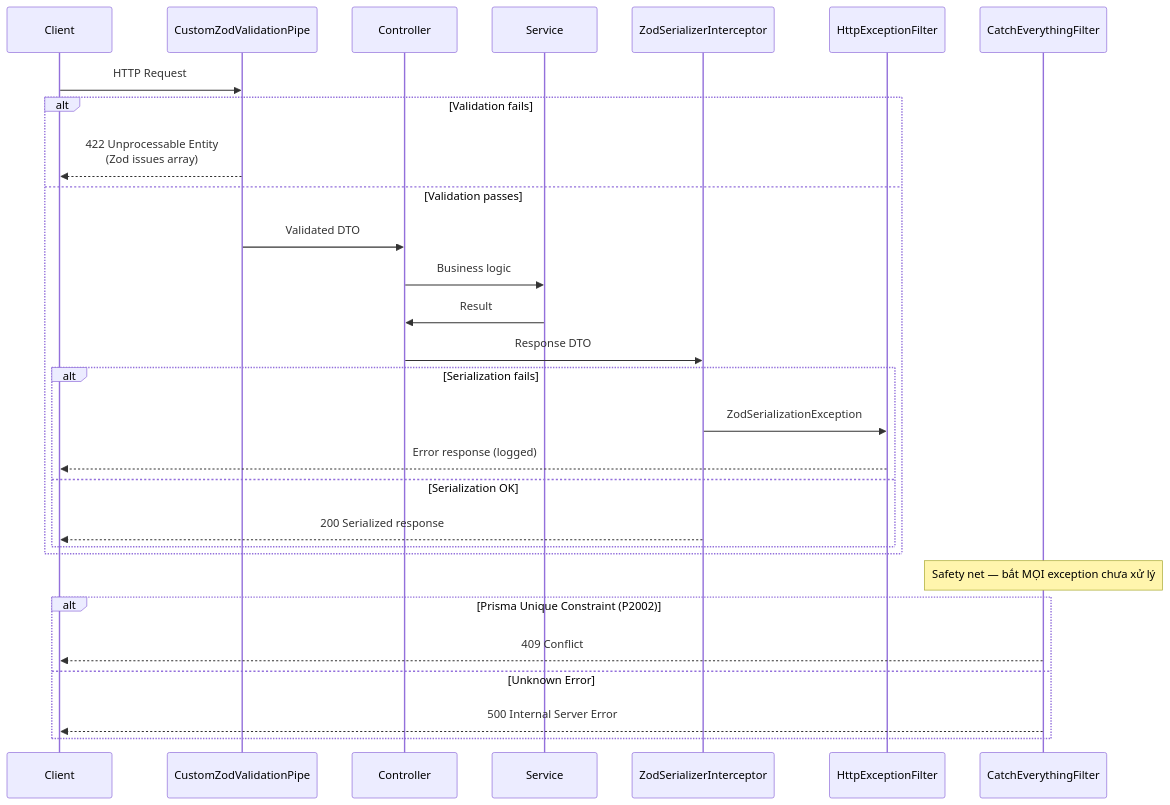
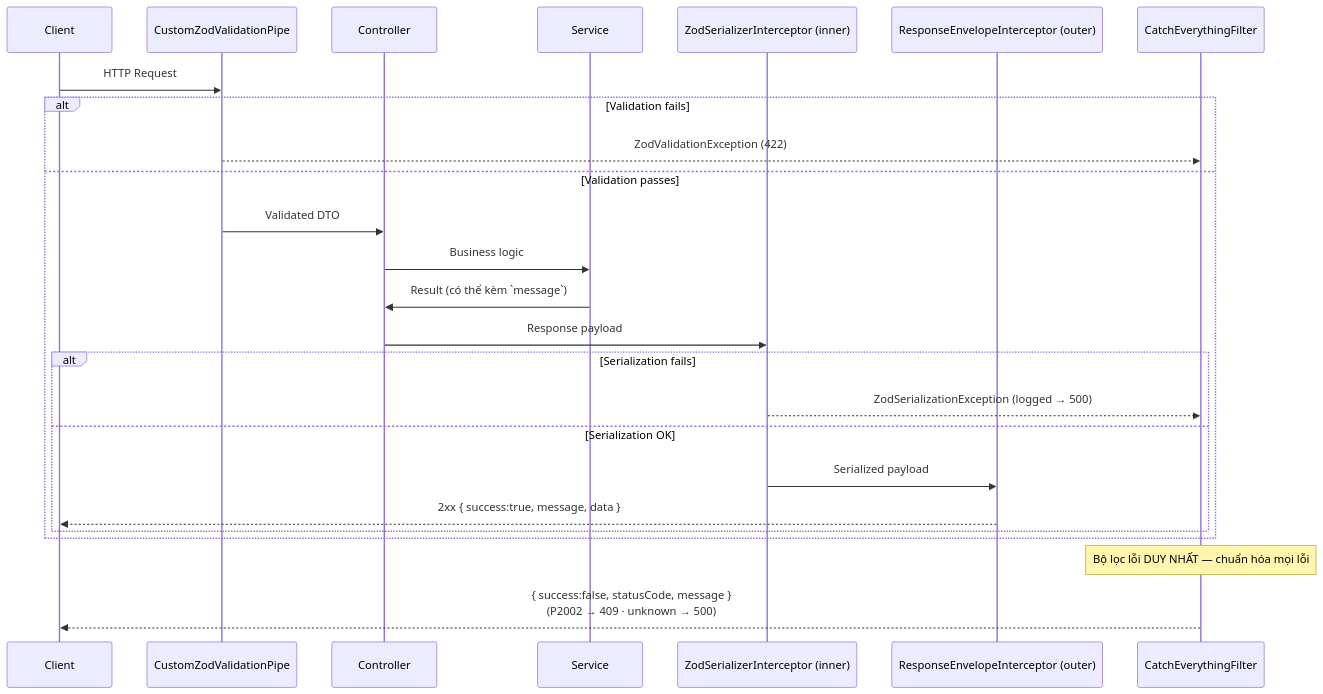
Before and after one commit to WDP301-SU26-GR2/BE-dev: the second of 3 diagrams in ARCHITECTURE.md, drawn with Mermaid. The commit also changed other lines of this file and 7 other files, not shown here.

Commit message:
fix: message returning  when call api, update Agents and architecture

````diff
--- a/ARCHITECTURE.md
+++ b/ARCHITECTURE.md
@@ -133,36 +141,30 @@
 ```mermaid
 sequenceDiagram
     participant Client
     participant Pipe as CustomZodValidationPipe
     participant Controller
     participant Service
-    participant Interceptor as ZodSerializerInterceptor
-    participant FilterHTTP as HttpExceptionFilter
+    participant ZodInt as ZodSerializerInterceptor (inner)
+    participant Envelope as ResponseEnvelopeInterceptor (outer)
     participant FilterAll as CatchEverythingFilter
 
     Client->>Pipe: HTTP Request
-    
+
     alt Validation fails
-        Pipe-->>Client: 422 Unprocessable Entity<br/>(Zod issues array)
+        Pipe-->>FilterAll: ZodValidationException (422)
     else Validation passes
         Pipe->>Controller: Validated DTO
         Controller->>Service: Business logic
-        Service->>Controller: Result
-        Controller->>Interceptor: Response DTO
-        
+        Service->>Controller: Result (có thể kèm `message`)
+        Controller->>ZodInt: Response payload
         alt Serialization fails
-            Interceptor->>FilterHTTP: ZodSerializationException
-            FilterHTTP-->>Client: Error response (logged)
+            ZodInt-->>FilterAll: ZodSerializationException (logged → 500)
         else Serialization OK
-            Interceptor-->>Client: 200 Serialized response
+            ZodInt->>Envelope: Serialized payload
+            Envelope-->>Client: 2xx { success:true, message, data }
         end
     end
-    
-    Note over FilterAll: Safety net — bắt MỌI exception chưa xử lý
-    
-    alt Prisma Unique Constraint (P2002)
-        FilterAll-->>Client: 409 Conflict
-    else Unknown Error
-        FilterAll-->>Client: 500 Internal Server Error
-    end
+
+    Note over FilterAll: Bộ lọc lỗi DUY NHẤT — chuẩn hóa mọi lỗi
+    FilterAll-->>Client: { success:false, statusCode, message }<br/>(P2002 → 409 · unknown → 500)
 ```
````
